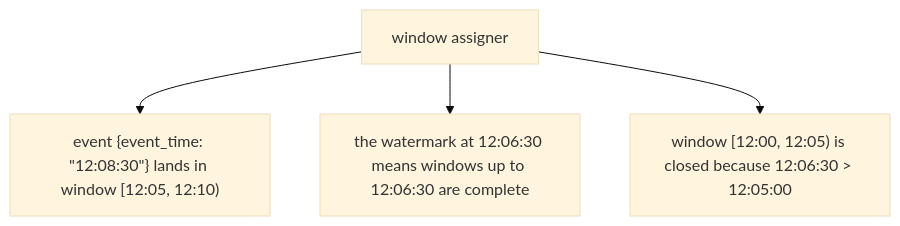
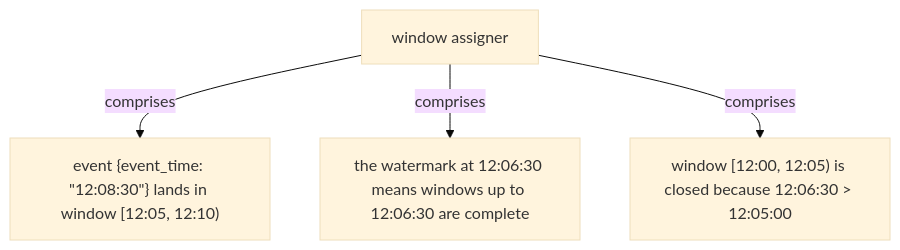
The sixth of 19 diagrams in docs/ch03-watermarks.md (vinayakuber/streaming-systems-study-guide), drawn with Mermaid (base theme) before and after one commit. The commit also changed other lines of this file and 22 other files, not shown here.

First line of the commit message:
R18: label every diagram arrow with its meaning

````diff
--- a/docs/ch03-watermarks.md
+++ b/docs/ch03-watermarks.md
@@ -173,7 +173,7 @@
 ```mermaid
 flowchart TD
   R["window assigner"]
-  R --> P0["event {event_time: #quot;12:08:30#quot;} lands in window [12:05, 12:10)"]
-  R --> P1["the watermark at 12:06:30 means windows up to 12:06:30 are complete"]
-  R --> P2["window [12:00, 12:05) is closed because 12:06:30 &gt; 12:05:00"]
+  R -->|"comprises"| P0["event {event_time: #quot;12:08:30#quot;} lands in window [12:05, 12:10)"]
+  R -->|"comprises"| P1["the watermark at 12:06:30 means windows up to 12:06:30 are complete"]
+  R -->|"comprises"| P2["window [12:00, 12:05) is closed because 12:06:30 &gt; 12:05:00"]
 ```
````
